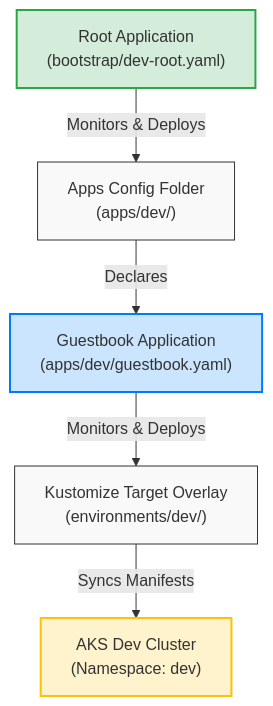
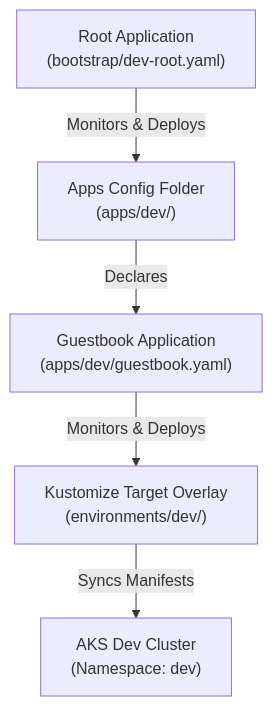
Before and after one commit to j-haskins/argocd-gitops: the first of 2 diagrams in README.md, drawn with Mermaid. The commit also changed other lines of this file, not shown here.

Commit message:
docs: adjust Mermaid styling in README for dark mode compatibility

````diff
--- a/README.md
+++ b/README.md
@@ -37,18 +37,13 @@
 ```mermaid
 graph TD
-    classDef default fill:#f9f9f9,stroke:#333,stroke-width:1px;
-    classDef root fill:#d4edda,stroke:#28a745,stroke-width:2px;
-    classDef app fill:#cce5ff,stroke:#007bff,stroke-width:2px;
-    classDef target fill:#fff3cd,stroke:#ffc107,stroke-width:2px;
-
-    RootApp["Root Application<br>(bootstrap/dev-root.yaml)"]:::root
+    RootApp["Root Application<br>(bootstrap/dev-root.yaml)"]
     AppsFolder["Apps Config Folder<br>(apps/dev/)"]
-    AppGuestbook["Guestbook Application<br>(apps/dev/guestbook.yaml)"]:::app
+    AppGuestbook["Guestbook Application<br>(apps/dev/guestbook.yaml)"]
     EnvFolder["Kustomize Target Overlay<br>(environments/dev/)"]
-    TargetCluster["AKS Dev Cluster<br>(Namespace: dev)"]:::target
+    TargetCluster["AKS Dev Cluster<br>(Namespace: dev)"]
 
     RootApp -->|Monitors & Deploys| AppsFolder
     AppsFolder -->|Declares| AppGuestbook
     AppGuestbook -->|Monitors & Deploys| EnvFolder
     EnvFolder -->|Syncs Manifests| TargetCluster
 ```
````
